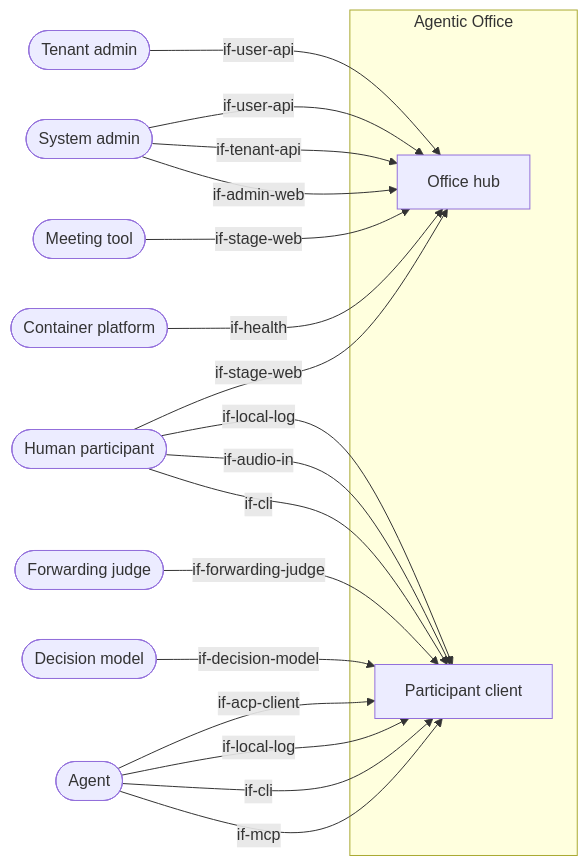
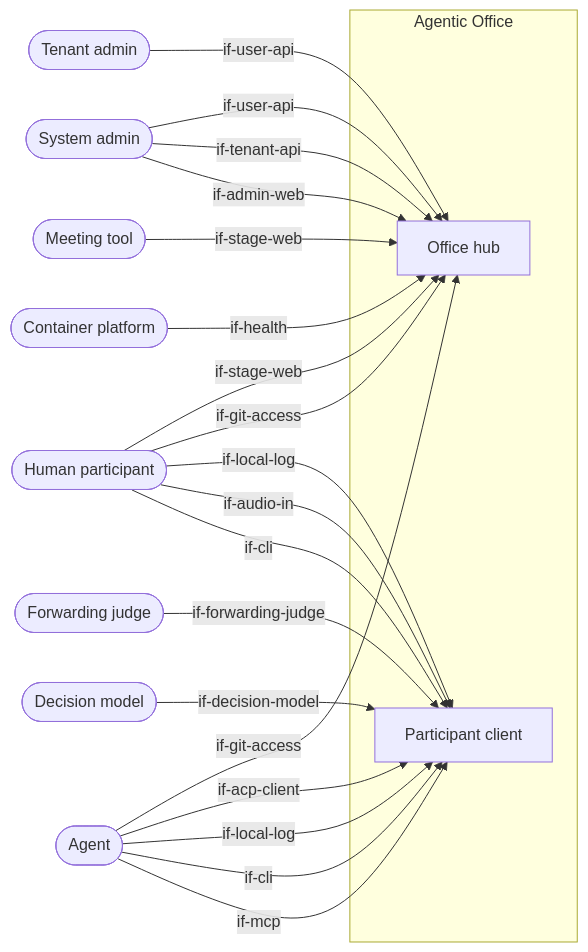
Before and after one commit to mrsimpson/agentic-office: the diagram in docs/architecture/03-system-context.arc42.md, drawn with Mermaid. The commit also changed other lines of this file and 117 other files, not shown here.

````diff
--- a/docs/architecture/03-system-context.arc42.md
+++ b/docs/architecture/03-system-context.arc42.md
@@ -20,31 +20,33 @@
 ```mermaid
 flowchart LR
     actor_agent([Agent])
     actor_container_platform([Container platform])
     actor_decision_model([Decision model])
     actor_forwarding_judge([Forwarding judge])
     actor_human([Human participant])
     actor_meeting_tool([Meeting tool])
     actor_system_admin([System admin])
     actor_tenant_admin([Tenant admin])
     subgraph office [Agentic Office]
         bb_office_hub[Office hub]
         bb_participant_client[Participant client]
     end
     actor_agent -->|if-mcp| bb_participant_client
     actor_agent -->|if-cli| bb_participant_client
     actor_agent -->|if-local-log| bb_participant_client
     actor_agent -->|if-acp-client| bb_participant_client
+    actor_agent -->|if-git-access| bb_office_hub
     actor_container_platform -->|if-health| bb_office_hub
     actor_decision_model -->|if-decision-model| bb_participant_client
     actor_forwarding_judge -->|if-forwarding-judge| bb_participant_client
     actor_human -->|if-cli| bb_participant_client
     actor_human -->|if-audio-in| bb_participant_client
     actor_human -->|if-local-log| bb_participant_client
+    actor_human -->|if-git-access| bb_office_hub
     actor_human -->|if-stage-web| bb_office_hub
     actor_meeting_tool -->|if-stage-web| bb_office_hub
     actor_system_admin -->|if-admin-web| bb_office_hub
     actor_system_admin -->|if-tenant-api| bb_office_hub
     actor_system_admin -->|if-user-api| bb_office_hub
     actor_tenant_admin -->|if-user-api| bb_office_hub
 ```
````
